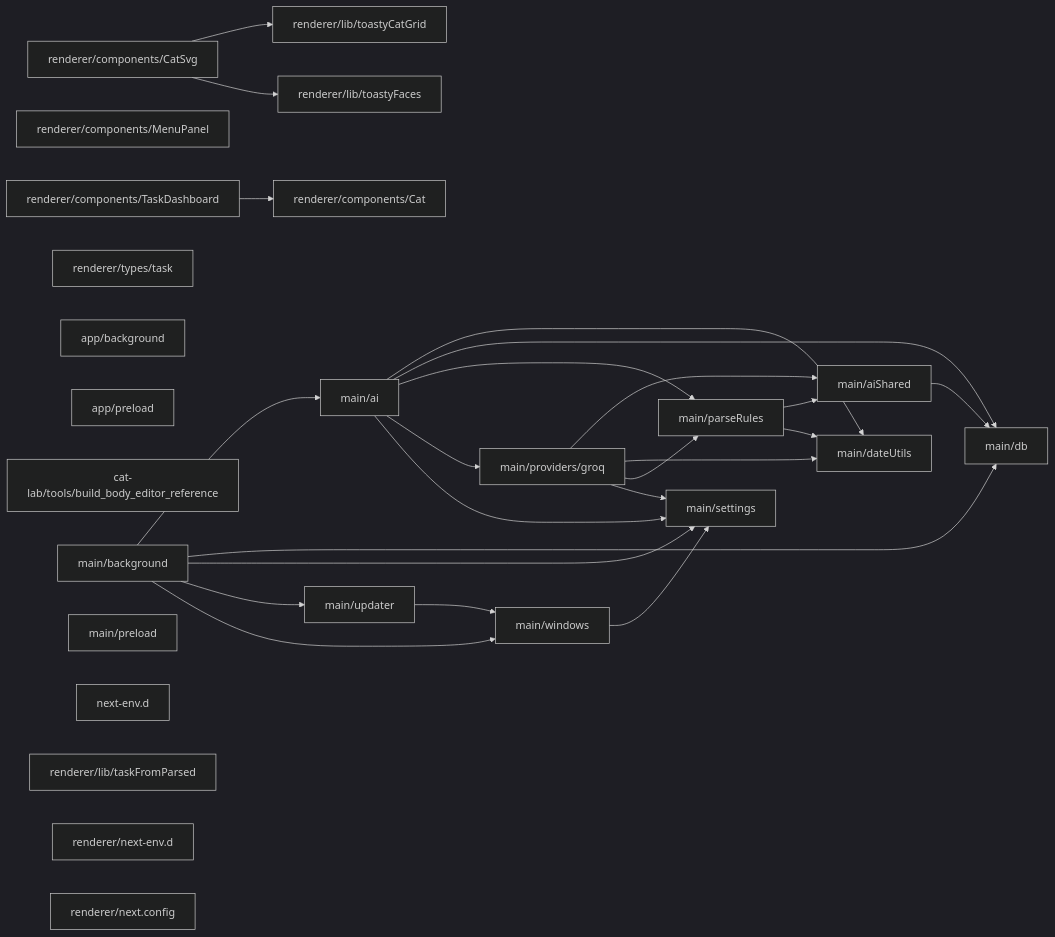
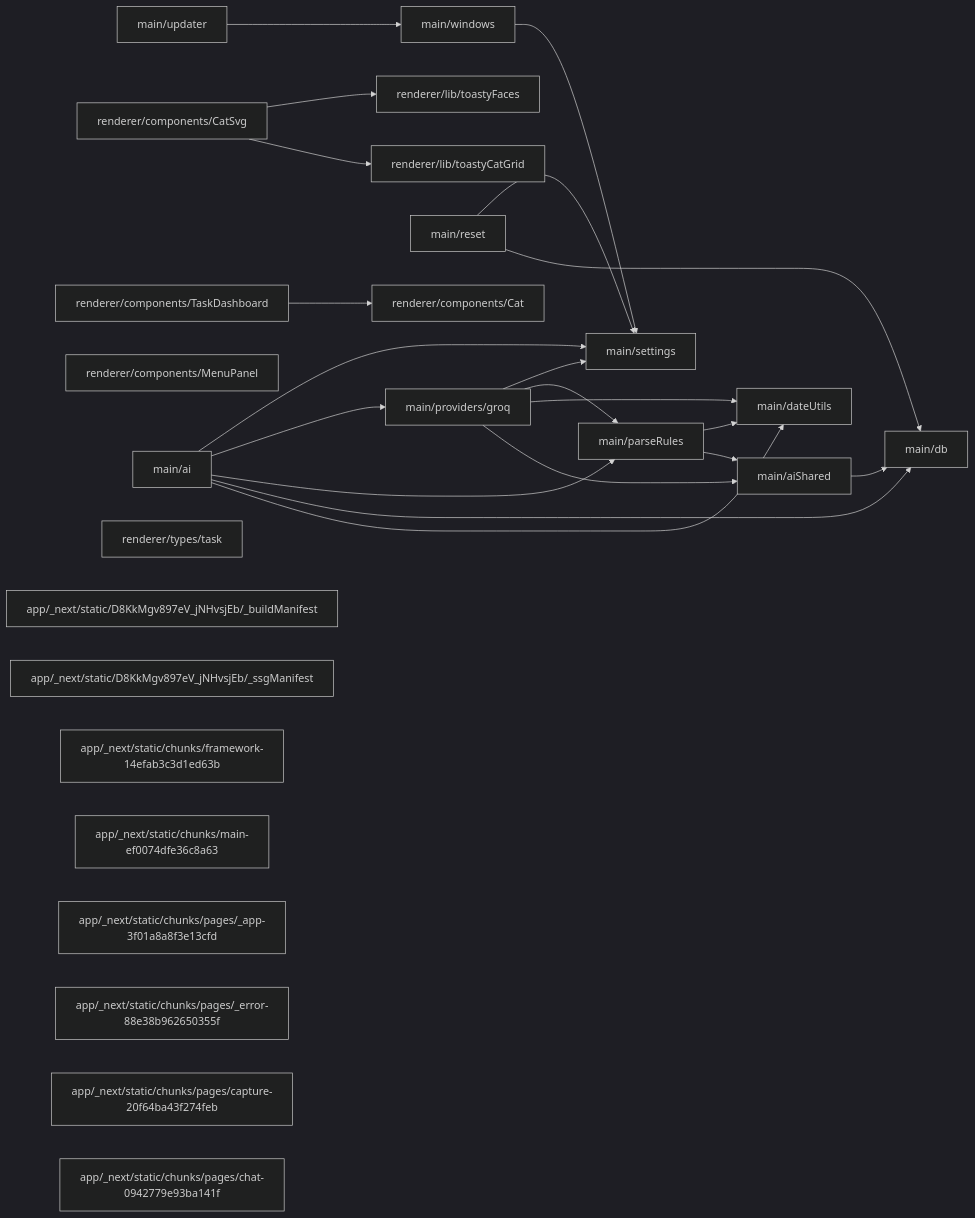
The diagram in docs/map/MAP.md (newbiemi/toasty), drawn with Mermaid (dark theme) before and after one commit. The commit also changed other lines of this file and 9 other files, not shown here.

First line of the commit message:
Toasty Phase 1: GitHub Releases update feed + tiered reset

````diff
--- a/docs/map/MAP.md
+++ b/docs/map/MAP.md
@@ -16,50 +16,47 @@
 ```mermaid
 graph LR
   n0["main/settings"]
-  n1["main/dateUtils"]
-  n2["main/db"]
+  n1["main/db"]
+  n2["main/dateUtils"]
   n3["main/aiShared"]
   n4["main/parseRules"]
   n5["main/windows"]
   n6["renderer/lib/toastyFaces"]
   n7["main/ai"]
   n8["main/providers/groq"]
-  n9["main/updater"]
-  n10["renderer/components/Cat"]
-  n11["renderer/components/CatSvg"]
-  n12["renderer/components/MenuPanel"]
-  n13["renderer/components/TaskDashboard"]
-  n14["renderer/lib/toastyCatGrid"]
-  n15["renderer/types/task"]
-  n16["app/background"]
-  n17["app/preload"]
-  n18["cat-lab/tools/build_body_editor_reference"]
-  n19["main/background"]
-  n20["main/preload"]
-  n21["next-env.d"]
-  n22["renderer/lib/taskFromParsed"]
-  n23["renderer/next-env.d"]
-  n24["renderer/next.config"]
+  n9["main/reset"]
+  n10["main/updater"]
+  n11["renderer/components/Cat"]
+  n12["renderer/components/CatSvg"]
+  n13["renderer/components/MenuPanel"]
+  n14["renderer/components/TaskDashboard"]
+  n15["renderer/lib/toastyCatGrid"]
+  n16["renderer/types/task"]
+  n17["app/_next/static/D8KkMgv897eV_jNHvsjEb/_buildManifest"]
+  n18["app/_next/static/D8KkMgv897eV_jNHvsjEb/_ssgManifest"]
+  n19["app/_next/static/chunks/framework-14efab3c3d1ed63b"]
+  n20["app/_next/static/chunks/main-ef0074dfe36c8a63"]
+  n21["app/_next/static/chunks/pages/_app-3f01a8a8f3e13cfd"]
+  n22["app/_next/static/chunks/pages/_error-88e38b962650355f"]
+  n23["app/_next/static/chunks/pages/capture-20f64ba43f274feb"]
+  n24["app/_next/static/chunks/pages/chat-0942779e93ba141f"]
+  n7 --> n2
   n7 --> n1
-  n7 --> n2
   n7 --> n4
   n7 --> n8
   n7 --> n0
-  n3 --> n2
-  n19 --> n7
-  n19 --> n2
-  n19 --> n0
-  n19 --> n9
-  n19 --> n5
+  n3 --> n1
   n4 --> n3
-  n4 --> n1
+  n4 --> n2
   n8 --> n3
-  n8 --> n1
+  n8 --> n2
   n8 --> n4
   n8 --> n0
-  n9 --> n5
+  n9 --> n1
+  n9 --> n0
+  n10 --> n5
   n5 --> n0
-  n11 --> n14
-  n11 --> n6
-  n13 --> n10
+  n12 --> n15
+  n12 --> n6
+  n14 --> n11
 ```
````
